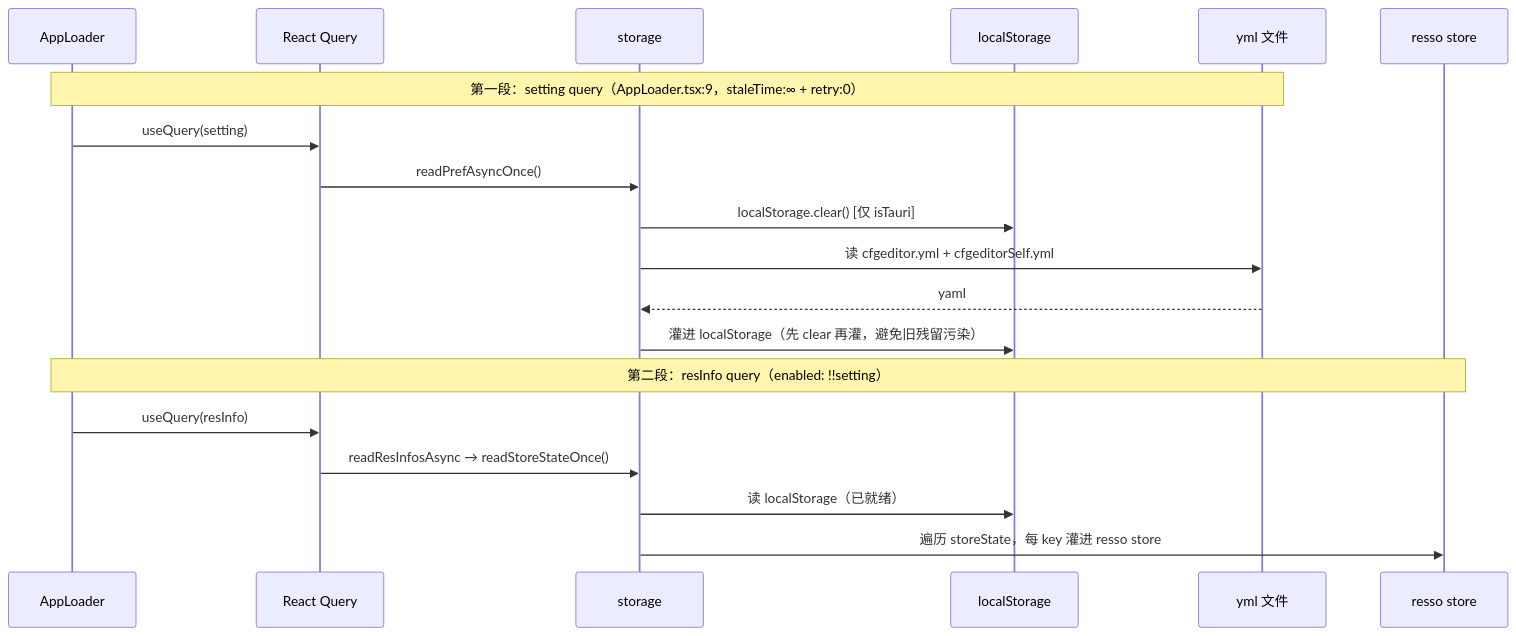
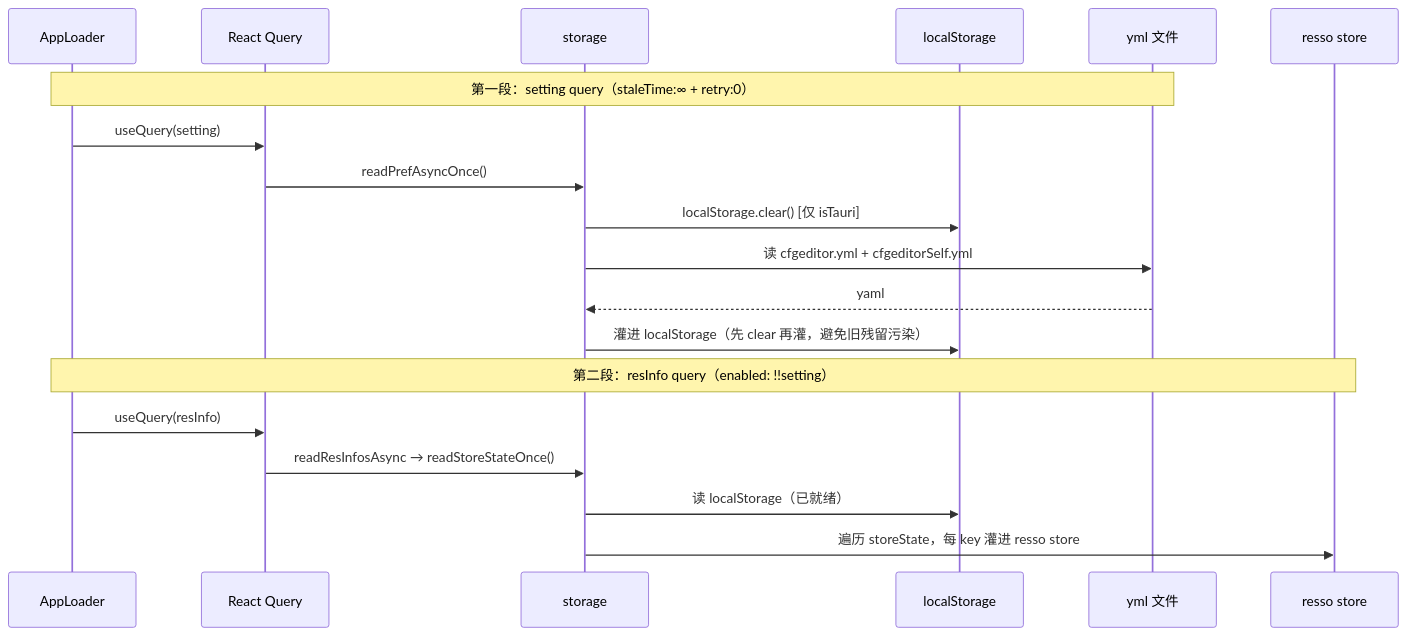
The diagram in cfgeditor/docs/02-state-management.md (stallboy/cfggen), drawn with Mermaid before and after one commit. The commit also changed other lines of this file and 10 other files, not shown here.

````diff
--- a/cfgeditor/docs/02-state-management.md
+++ b/cfgeditor/docs/02-state-management.md
@@ -140,23 +125,23 @@
 ```mermaid
 sequenceDiagram
     participant A as AppLoader
     participant Q as React Query
     participant S as storage
     participant L as localStorage
     participant F as yml 文件
     participant R as resso store
 
-    Note over A,F: 第一段：setting query（AppLoader.tsx:9，staleTime:∞ + retry:0）
+    Note over A,F: 第一段：setting query（staleTime:∞ + retry:0）
     A->>Q: useQuery(setting)
     Q->>S: readPrefAsyncOnce()
     S->>L: localStorage.clear() [仅 isTauri]
     S->>F: 读 cfgeditor.yml + cfgeditorSelf.yml
     F-->>S: yaml
     S->>L: 灌进 localStorage（先 clear 再灌，避免旧残留污染）
 
     Note over A,R: 第二段：resInfo query（enabled: !!setting）
     A->>Q: useQuery(resInfo)
     Q->>S: readResInfosAsync → readStoreStateOnce()
     S->>L: 读 localStorage（已就绪）
     S->>R: 遍历 storeState，每 key 灌进 resso store
 ```
````
